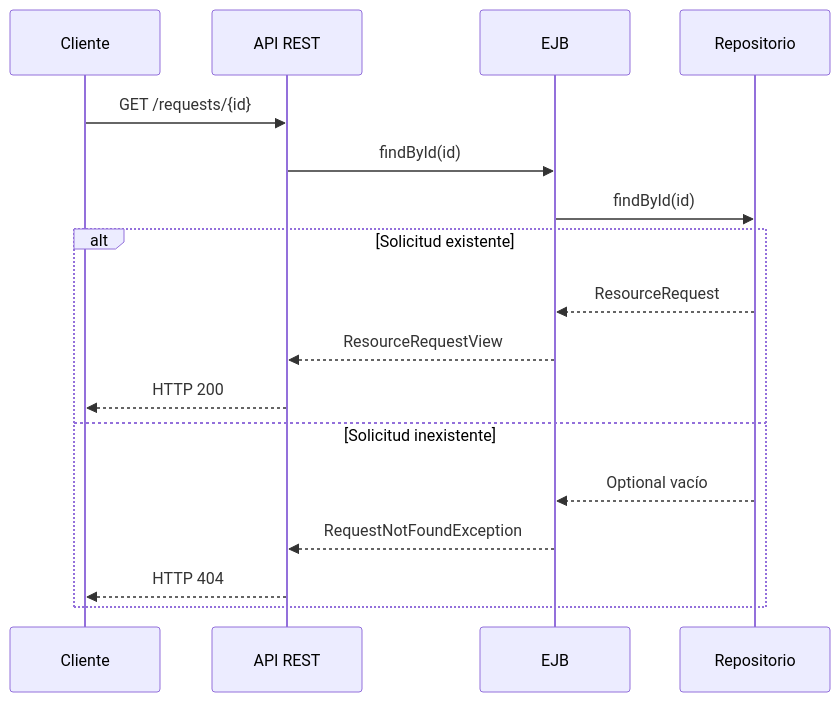
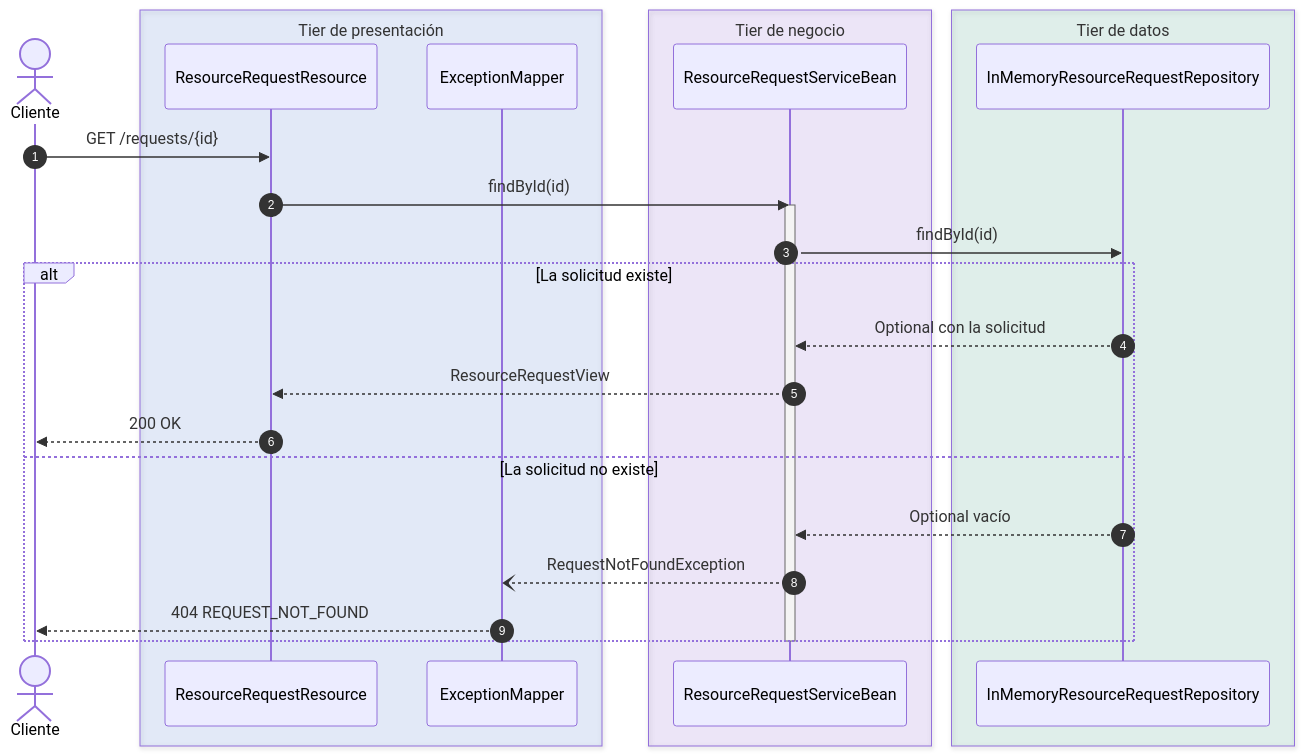
One commit to andreMD287/JEE-Negocio changed the fourth of 9 diagrams in docs/arquitectura.md. Above: the diagram before and after it, drawn with Mermaid. The commit also changed other lines of this file and 1 other file, not shown here.

First line of the commit message:
Documentación: diagramas rediseñados y redacción formal

````diff
--- a/docs/arquitectura.md
+++ b/docs/arquitectura.md
@@ -242,21 +273,31 @@
 ```mermaid
 sequenceDiagram
-    participant C as Cliente
-    participant A as API REST
-    participant E as EJB
-    participant R as Repositorio
+    autonumber
+    actor C as Cliente
+    box rgba(37,99,235,0.10) Tier de presentación
+        participant API as ResourceRequestResource
+        participant MAP as ExceptionMapper
+    end
+    box rgba(124,58,237,0.10) Tier de negocio
+        participant EJB as ResourceRequestServiceBean
+    end
+    box rgba(5,150,105,0.10) Tier de datos
+        participant REP as InMemoryResourceRequestRepository
+    end
 
-    C->>A: GET /requests/{id}
-    A->>E: findById(id)
-    E->>R: findById(id)
+    C->>API: GET /requests/{id}
+    API->>EJB: findById(id)
+    activate EJB
+    EJB->>REP: findById(id)
 
-    alt Solicitud existente
-        R-->>E: ResourceRequest
-        E-->>A: ResourceRequestView
-        A-->>C: HTTP 200
-    else Solicitud inexistente
-        R-->>E: Optional vacío
-        E-->>A: RequestNotFoundException
-        A-->>C: HTTP 404
+    alt La solicitud existe
+        REP-->>EJB: Optional con la solicitud
+        EJB-->>API: ResourceRequestView
+        API-->>C: 200 OK
+    else La solicitud no existe
+        REP-->>EJB: Optional vacío
+        EJB--)MAP: RequestNotFoundException
+        MAP-->>C: 404 REQUEST_NOT_FOUND
     end
+    deactivate EJB
 ```
````
